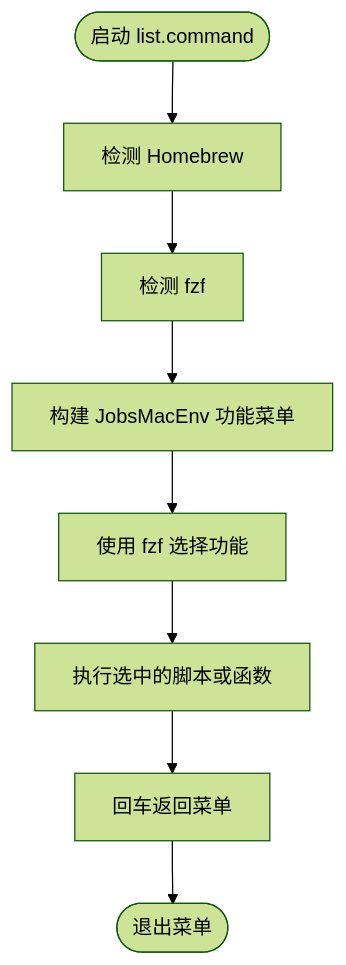
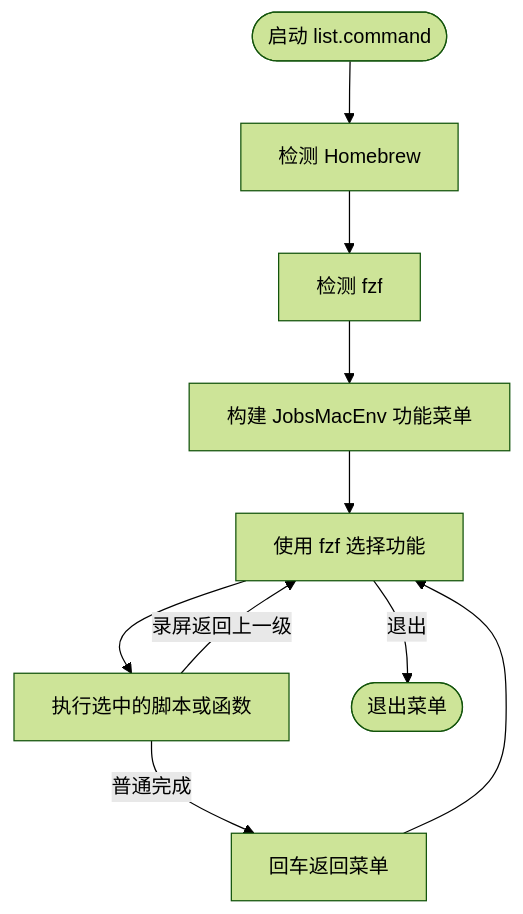
The first of 2 diagrams in scripts/list.command/README.md (JobsKits/JobsMacEnvVarConfigs), drawn with Mermaid (forest theme) before and after one commit. The commit also changed other lines of this file and 110 other files, not shown here.

````diff
--- a/scripts/list.command/README.md
+++ b/scripts/list.command/README.md
@@ -118,18 +131,20 @@
 ```mermaid
 flowchart TD
     A([启动 list.command])
     B[检测 Homebrew]
     A --> B
     C[检测 fzf]
     B --> C
     D[构建 JobsMacEnv 功能菜单]
     C --> D
     E[使用 fzf 选择功能]
     D --> E
     F[执行选中的脚本或函数]
     E --> F
     G[回车返回菜单]
-    F --> G
+    F -->|普通完成| G
+    F -->|录屏返回上一级| E
     H([退出菜单])
-    G --> H
+    G --> E
+    E -->|退出| H
 ```
````
